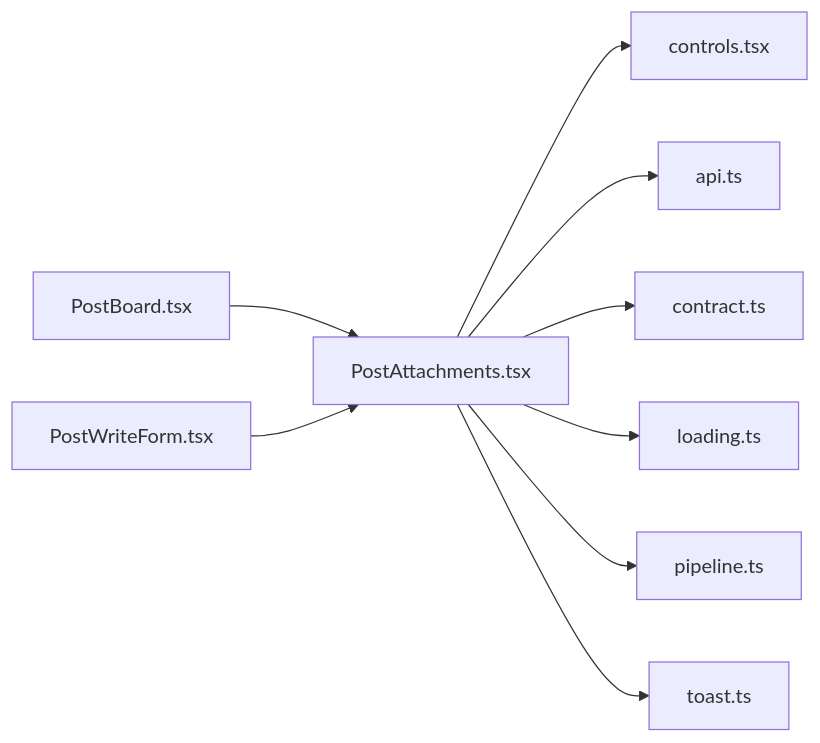
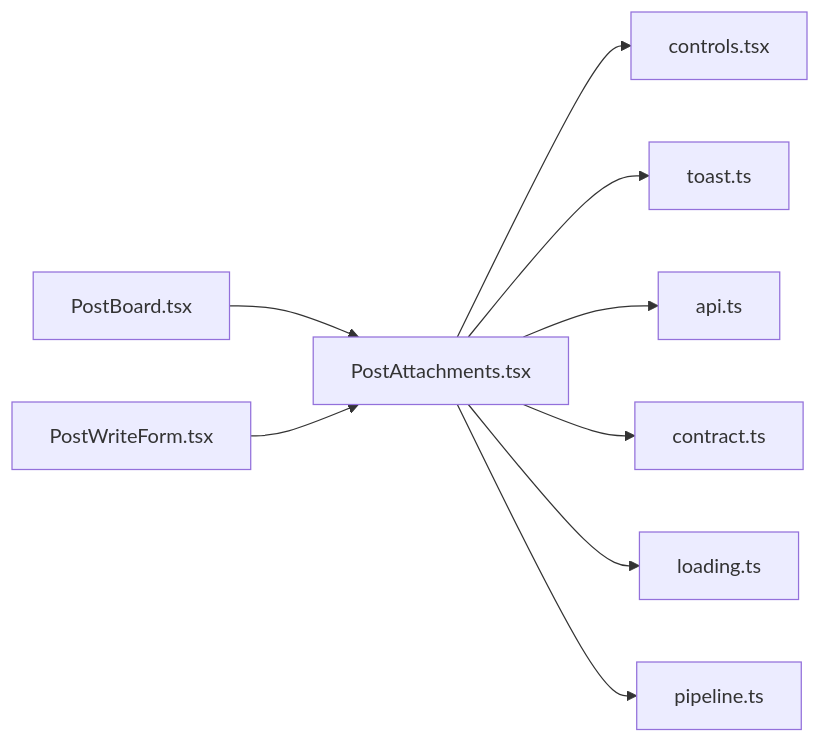
Before and after one commit to minkong-dev/Banblit: the diagram in .cluedoc/graph/frontend/src/components/PostAttachments.md, drawn with Mermaid. The commit also changed other lines of this file and 47 other files, not shown here.

Commit message:
frontend: move toast into components

````diff
--- a/.cluedoc/graph/frontend/src/components/PostAttachments.md
+++ b/.cluedoc/graph/frontend/src/components/PostAttachments.md
@@ -10,12 +10,12 @@
 ```mermaid
 flowchart LR
   frontend_src_components_PostAttachments["PostAttachments.tsx"]
   frontend_src_components_PostAttachments --> frontend_src_components_controls["controls.tsx"]
+  frontend_src_components_PostAttachments --> frontend_src_components_toast["toast.ts"]
   frontend_src_components_PostAttachments --> frontend_src_lib_api["api.ts"]
   frontend_src_components_PostAttachments --> frontend_src_lib_contract["contract.ts"]
   frontend_src_components_PostAttachments --> frontend_src_lib_loading["loading.ts"]
   frontend_src_components_PostAttachments --> frontend_src_lib_pipeline["pipeline.ts"]
-  frontend_src_components_PostAttachments --> frontend_src_lib_toast["toast.ts"]
   frontend_src_components_PostBoard["PostBoard.tsx"] --> frontend_src_components_PostAttachments
   frontend_src_components_PostWriteForm["PostWriteForm.tsx"] --> frontend_src_components_PostAttachments
 ```
````
